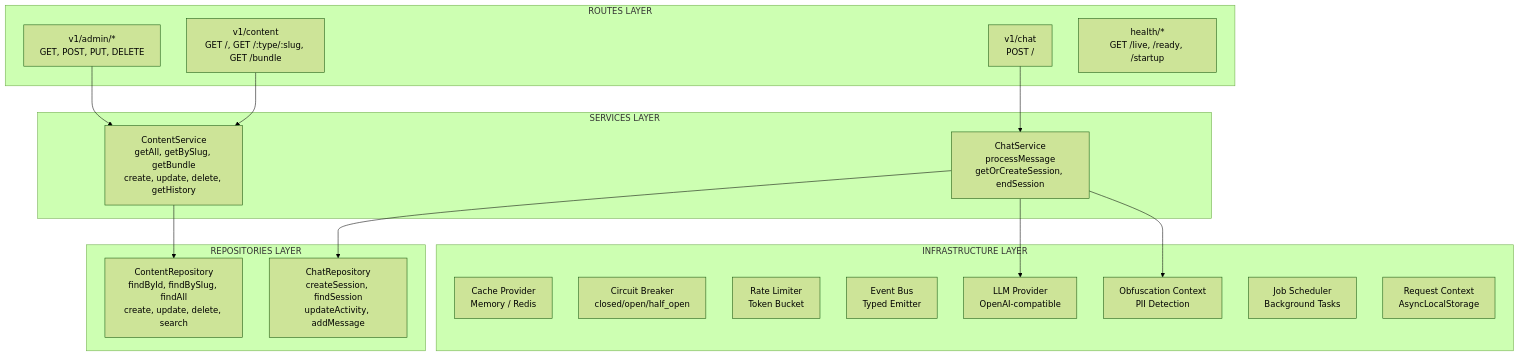
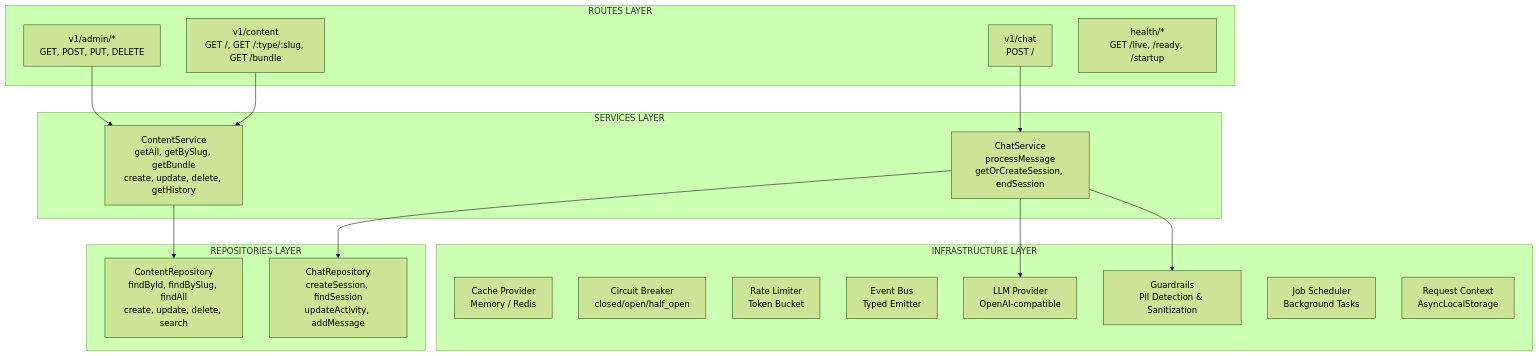
One commit to spencerjireh/portfolio-cms-express-backend-with-mcp-server changed the first of 14 diagrams in docs-site/architecture/low-level-design.md. Above: the diagram before and after it, drawn with Mermaid (forest theme). The commit also changed other lines of this file and 22 other files, not shown here.

````diff
--- a/docs-site/architecture/low-level-design.md
+++ b/docs-site/architecture/low-level-design.md
@@ -16,39 +16,39 @@
 ```mermaid
 flowchart TB
     subgraph Routes["ROUTES LAYER"]
         R1["v1/content<br/>GET /, GET /:type/:slug, GET /bundle"]
         R2["v1/chat<br/>POST /"]
         R3["v1/admin/*<br/>GET, POST, PUT, DELETE"]
         R4["health/*<br/>GET /live, /ready, /startup"]
     end
 
     subgraph Services["SERVICES LAYER"]
         S1["ContentService<br/>getAll, getBySlug, getBundle<br/>create, update, delete, getHistory"]
         S2["ChatService<br/>processMessage<br/>getOrCreateSession, endSession"]
     end
 
     subgraph Repos["REPOSITORIES LAYER"]
         Repo1["ContentRepository<br/>findById, findBySlug, findAll<br/>create, update, delete, search"]
         Repo2["ChatRepository<br/>createSession, findSession<br/>updateActivity, addMessage"]
     end
 
     subgraph Infra["INFRASTRUCTURE LAYER"]
         I1["Cache Provider<br/>Memory / Redis"]
         I2["Circuit Breaker<br/>closed/open/half_open"]
         I3["Rate Limiter<br/>Token Bucket"]
         I4["Event Bus<br/>Typed Emitter"]
         I5["LLM Provider<br/>OpenAI-compatible"]
-        I6["Obfuscation Context<br/>PII Detection"]
+        I6["Guardrails<br/>PII Detection & Sanitization"]
         I7["Job Scheduler<br/>Background Tasks"]
         I8["Request Context<br/>AsyncLocalStorage"]
     end
 
     R1 --> S1
     R2 --> S2
     R3 --> S1
 
     S1 --> Repo1
     S2 --> Repo2
     S2 --> I5
     S2 --> I6
 ```
````
